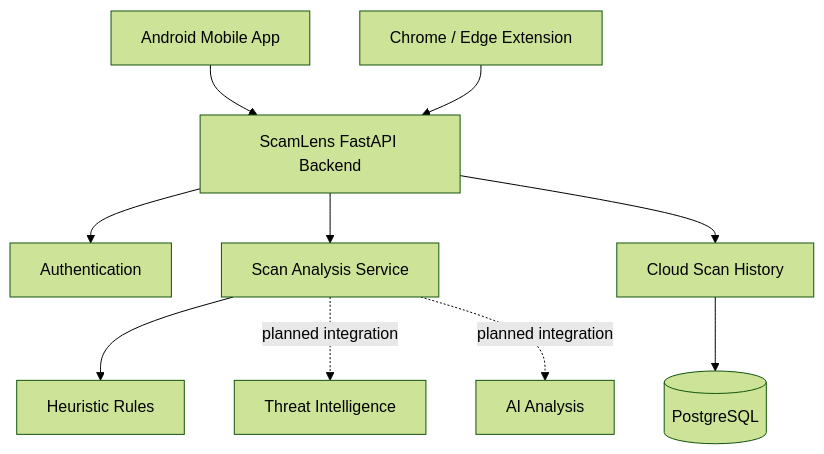
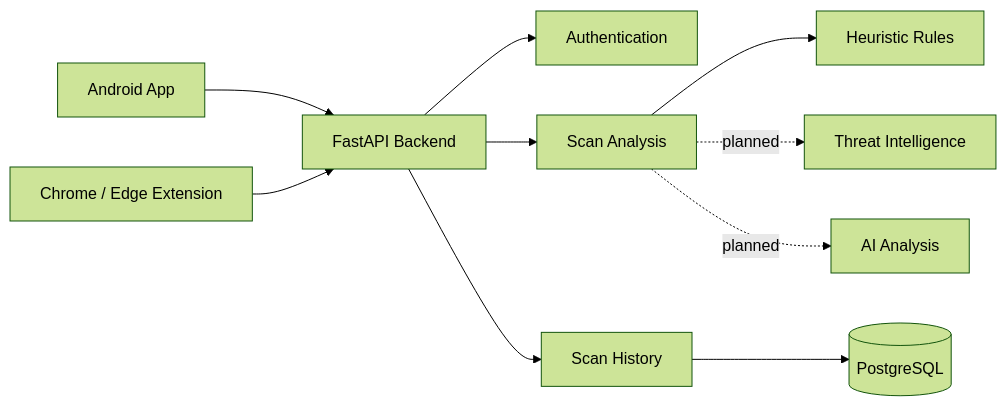
One commit to harshstrr/ScamLens changed the diagram in README.md. Above: the diagram before and after it, drawn with Mermaid (forest theme). The commit also changed other lines of this file and 15 other files, not shown here.

````diff
--- a/README.md
+++ b/README.md
@@ -98,12 +108,12 @@
 ```mermaid
-flowchart TB
-    A[Android Mobile App] --> API[ScamLens FastAPI Backend]
+flowchart LR
+    A[Android App] --> API[FastAPI Backend]
     B[Chrome / Edge Extension] --> API
     API --> AUTH[Authentication]
-    API --> SCAN[Scan Analysis Service]
-    API --> HISTORY[Cloud Scan History]
+    API --> SCAN[Scan Analysis]
+    API --> HISTORY[Scan History]
     HISTORY --> DB[(PostgreSQL)]
     SCAN --> RULES[Heuristic Rules]
-    SCAN -. planned integration .-> INTEL[Threat Intelligence]
-    SCAN -. planned integration .-> AI[AI Analysis]
+    SCAN -. planned .-> INTEL[Threat Intelligence]
+    SCAN -. planned .-> AI[AI Analysis]
 ```
````
